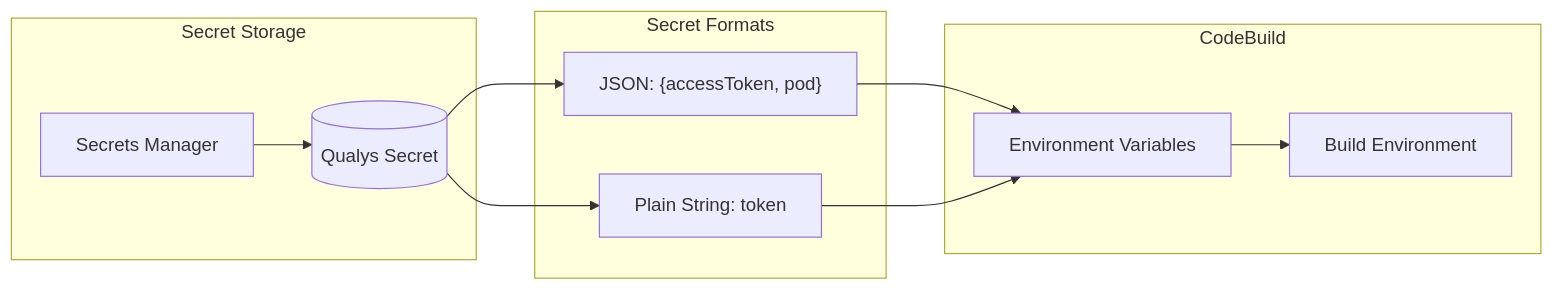
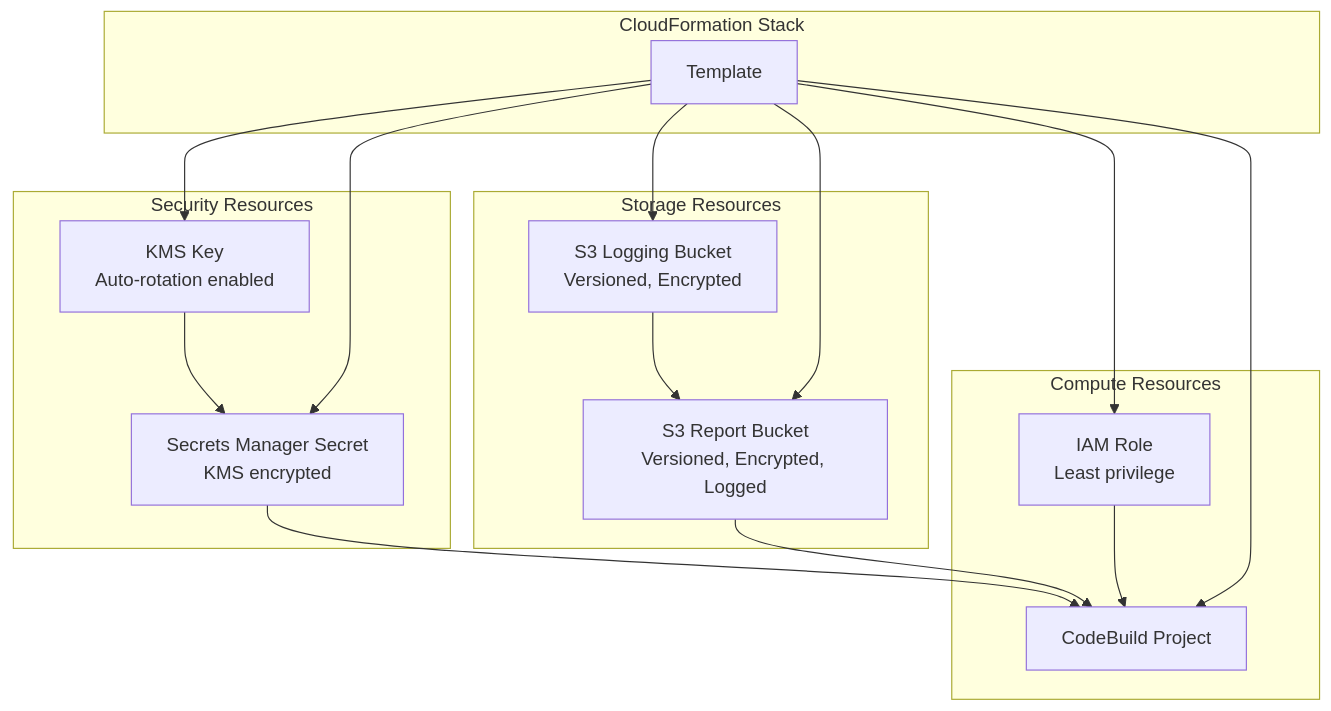
One commit to nelssec/qualys-codebuild changed the sixth of 16 diagrams in docs/technical-architecture.md. Above: the diagram before and after it, drawn with Mermaid. The commit also changed other lines of this file and 5 other files, not shown here.

First line of the commit message:
Qualys QScanner for AWS CodeBuild

````diff
--- a/docs/technical-architecture.md
+++ b/docs/technical-architecture.md
@@ -193,24 +190,34 @@
 ```mermaid
-flowchart LR
-    subgraph "Secret Storage"
-        SM[Secrets Manager]
-        SEC[(Qualys Secret)]
+flowchart TB
+    subgraph "CloudFormation Stack"
+        CFN[Template]
     end
 
-    subgraph "CodeBuild"
-        CB[Build Environment]
-        ENV[Environment Variables]
+    subgraph "Security Resources"
+        KMS[KMS Key<br/>Auto-rotation enabled]
+        SECRET[Secrets Manager Secret<br/>KMS encrypted]
     end
 
-    subgraph "Secret Formats"
-        JSON["JSON: {accessToken, pod}"]
-        PLAIN["Plain String: token"]
+    subgraph "Storage Resources"
+        LOGBUCKET[S3 Logging Bucket<br/>Versioned, Encrypted]
+        BUCKET[S3 Report Bucket<br/>Versioned, Encrypted, Logged]
     end
 
-    SM --> SEC
-    SEC --> JSON
-    SEC --> PLAIN
-    JSON --> ENV
-    PLAIN --> ENV
-    ENV --> CB
+    subgraph "Compute Resources"
+        ROLE[IAM Role<br/>Least privilege]
+        PROJECT[CodeBuild Project]
+    end
+
+    CFN --> KMS
+    CFN --> SECRET
+    CFN --> LOGBUCKET
+    CFN --> BUCKET
+    CFN --> ROLE
+    CFN --> PROJECT
+
+    KMS --> SECRET
+    LOGBUCKET --> BUCKET
+    SECRET --> PROJECT
+    BUCKET --> PROJECT
+    ROLE --> PROJECT
 ```
````
